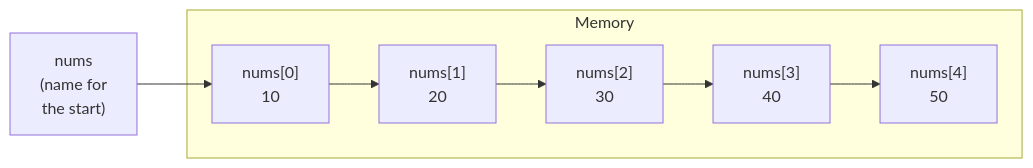
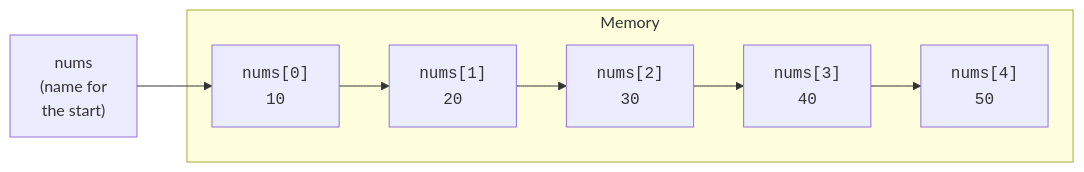
Before and after one commit to dataslope/dataslope: the diagram in content/learn/systems-programming-c/arrays-and-pointers.mdx, drawn with Mermaid. The commit also changed 153 other files, not shown here.

First line of the commit message:
Render code-only mermaid shapes in monospace; convert step sequences to Steps

````diff
--- a/content/learn/systems-programming-c/arrays-and-pointers.mdx
+++ b/content/learn/systems-programming-c/arrays-and-pointers.mdx
@@ -34,7 +34,7 @@
 ```mermaid
 flowchart LR
     subgraph Mem["Memory"]
-        A0["nums[0]<br/>10"] --> A1["nums[1]<br/>20"] --> A2["nums[2]<br/>30"] --> A3["nums[3]<br/>40"] --> A4["nums[4]<br/>50"]
+        A0["<code>nums[0]<br/>10</code>"] --> A1["<code>nums[1]<br/>20</code>"] --> A2["<code>nums[2]<br/>30</code>"] --> A3["<code>nums[3]<br/>40</code>"] --> A4["<code>nums[4]<br/>50</code>"]
     end
     N["nums<br/>(name for<br/>the start)"] --> A0
 ```
````
